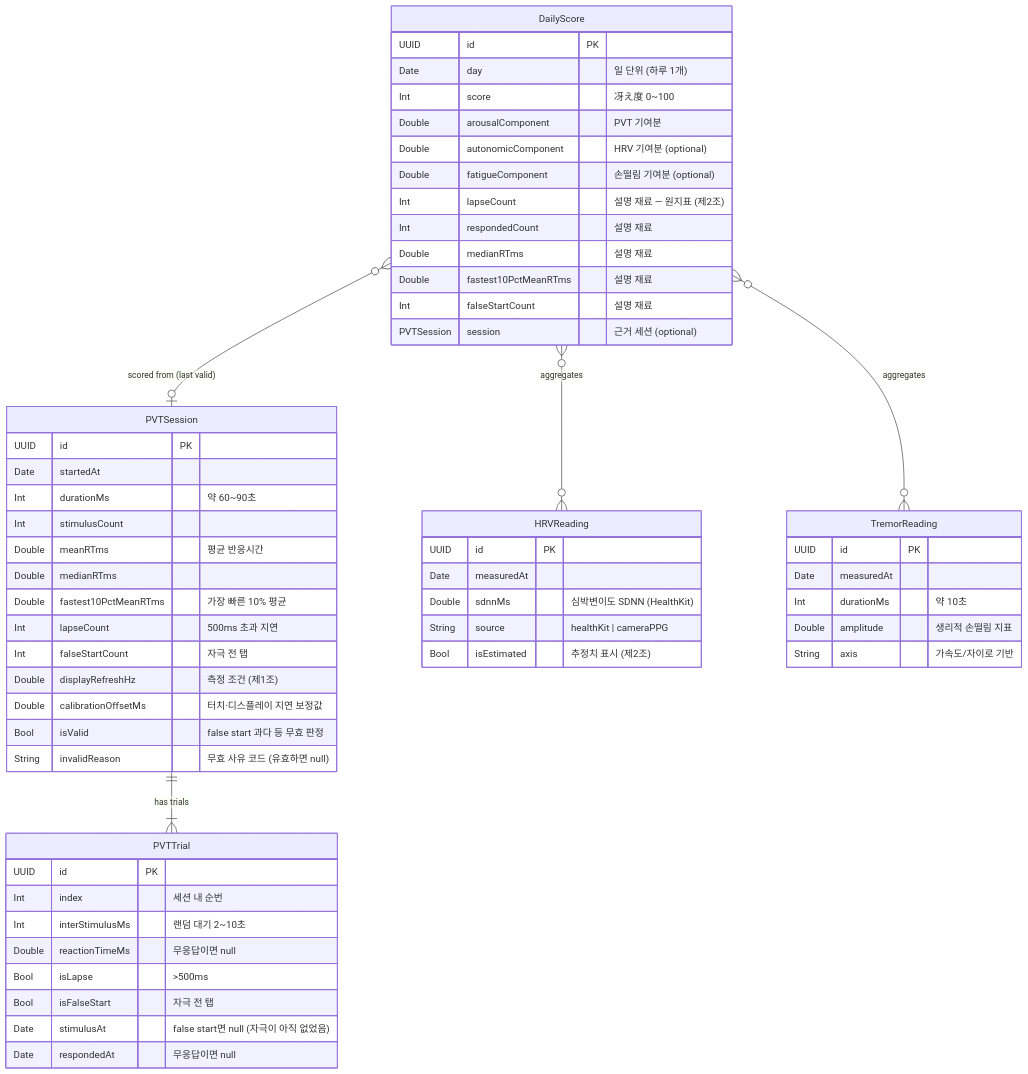
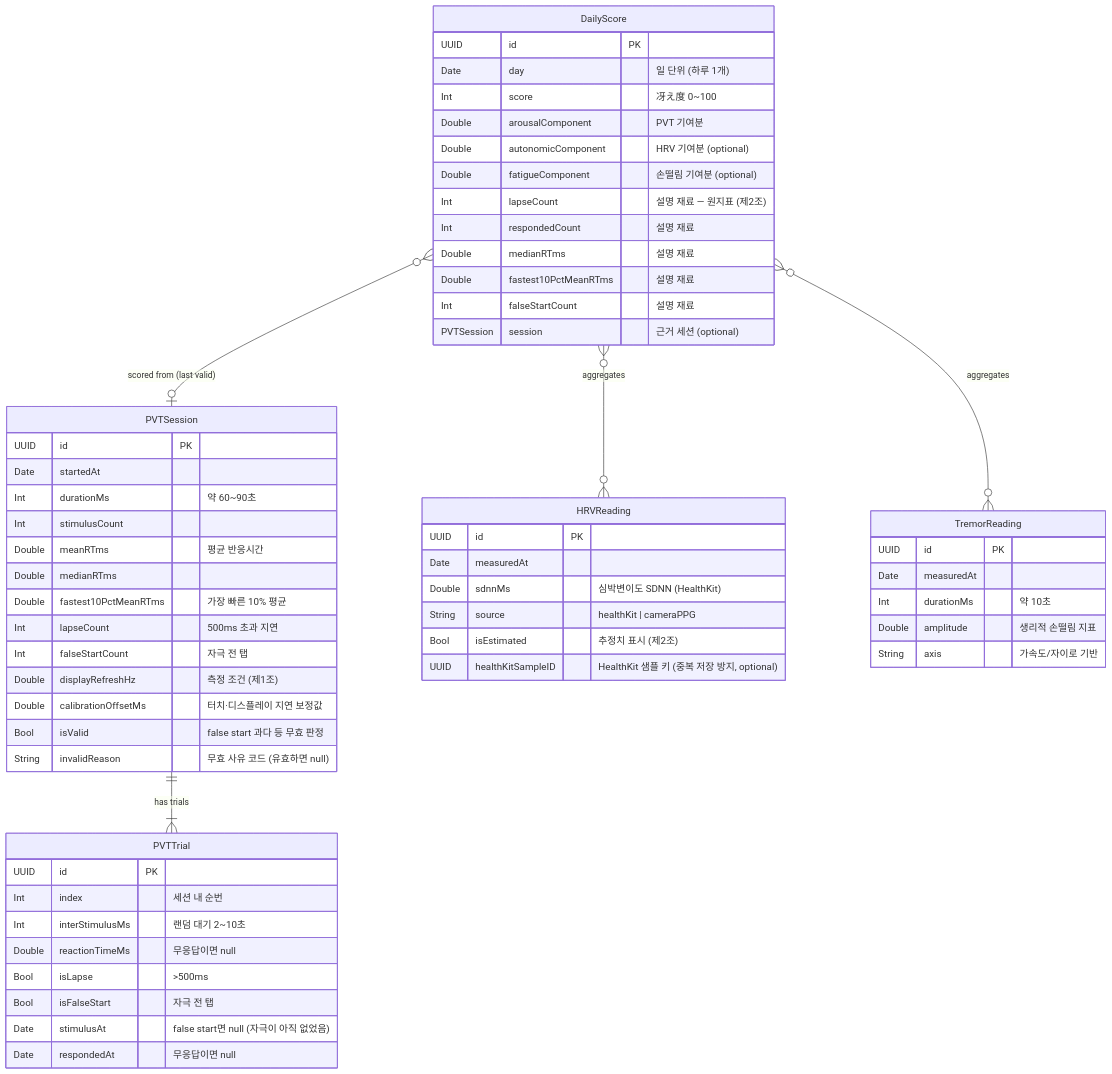
Before and after one commit to 2daKaizen-gun/sae: the diagram in docs/data-model.md, drawn with Mermaid. The commit also changed other lines of this file and 4 other files, not shown here.

````diff
--- a/docs/data-model.md
+++ b/docs/data-model.md
@@ -22,65 +22,66 @@
 ```mermaid
 erDiagram
     PVTSession ||--|{ PVTTrial : "has trials"
     DailyScore }o--o| PVTSession : "scored from (last valid)"
     DailyScore }o--o{ HRVReading : "aggregates"
     DailyScore }o--o{ TremorReading : "aggregates"
 
     PVTSession {
         UUID id PK
         Date startedAt
         Int durationMs "약 60~90초"
         Int stimulusCount
         Double meanRTms "평균 반응시간"
         Double medianRTms
         Double fastest10PctMeanRTms "가장 빠른 10% 평균"
         Int lapseCount "500ms 초과 지연"
         Int falseStartCount "자극 전 탭"
         Double displayRefreshHz "측정 조건 (제1조)"
         Double calibrationOffsetMs "터치·디스플레이 지연 보정값"
         Bool isValid "false start 과다 등 무효 판정"
         String invalidReason "무효 사유 코드 (유효하면 null)"
     }
 
     PVTTrial {
         UUID id PK
         Int index "세션 내 순번"
         Int interStimulusMs "랜덤 대기 2~10초"
         Double reactionTimeMs "무응답이면 null"
         Bool isLapse ">500ms"
         Bool isFalseStart "자극 전 탭"
         Date stimulusAt "false start면 null (자극이 아직 없었음)"
         Date respondedAt "무응답이면 null"
     }
 
     HRVReading {
         UUID id PK
         Date measuredAt
         Double sdnnMs "심박변이도 SDNN (HealthKit)"
         String source "healthKit | cameraPPG"
         Bool isEstimated "추정치 표시 (제2조)"
+        UUID healthKitSampleID "HealthKit 샘플 키 (중복 저장 방지, optional)"
     }
 
     TremorReading {
         UUID id PK
         Date measuredAt
         Int durationMs "약 10초"
         Double amplitude "생리적 손떨림 지표"
         String axis "가속도/자이로 기반"
     }
 
     DailyScore {
         UUID id PK
         Date day "일 단위 (하루 1개)"
         Int score "冴え度 0~100"
         Double arousalComponent "PVT 기여분"
         Double autonomicComponent "HRV 기여분 (optional)"
         Double fatigueComponent "손떨림 기여분 (optional)"
         Int lapseCount "설명 재료 — 원지표 (제2조)"
         Int respondedCount "설명 재료"
         Double medianRTms "설명 재료"
         Double fastest10PctMeanRTms "설명 재료"
         Int falseStartCount "설명 재료"
         PVTSession session "근거 세션 (optional)"
     }
 ```
````
